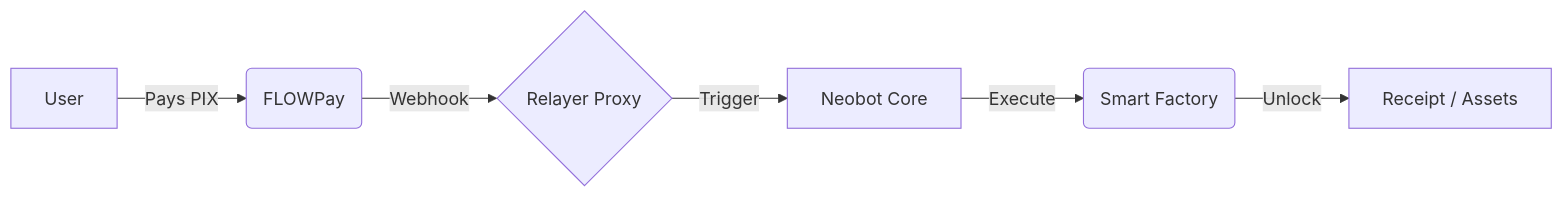
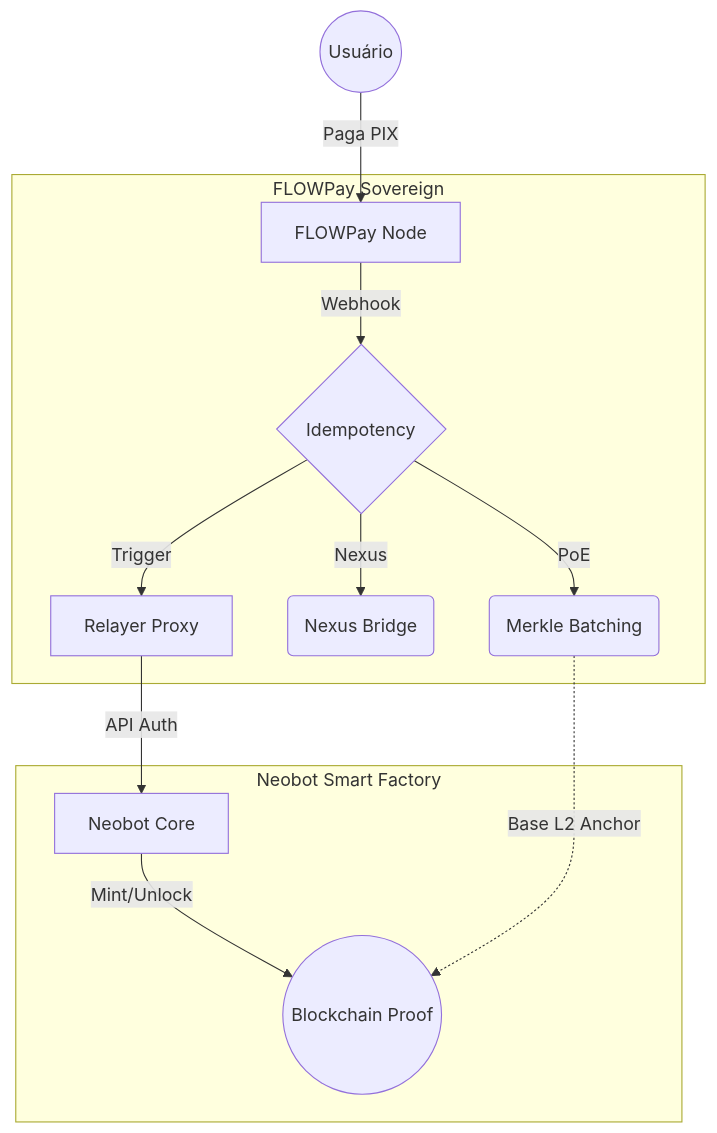
Before and after one commit to flowpaycash/flowpay: the diagram in README.md, drawn with Mermaid. The commit also changed other lines of this file and 18 other files, not shown here.

````diff
--- a/README.md
+++ b/README.md
@@ -51,8 +51,18 @@
 ```mermaid
-graph LR
-    A[User] -->|Pays PIX| B(FLOWPay)
-    B -->|Webhook| C{Relayer Proxy}
-    C -->|Trigger| D[Neobot Core]
-    D -->|Execute| E(Smart Factory)
-    E -->|Unlock| F[Receipt / Assets]
+graph TD
+    User((Usuário)) -->|Paga PIX| FP[FLOWPay Node]
+    
+    subgraph "FLOWPay Sovereign"
+        FP -->|Webhook| ID{Idempotency}
+        ID -->|PoE| PB(Merkle Batching)
+        ID -->|Nexus| NB(Nexus Bridge)
+        ID -->|Trigger| B[Relayer Proxy]
+    end
+
+    subgraph "Neobot Smart Factory"
+        B -->|API Auth| NC[Neobot Core]
+        NC -->|Mint/Unlock| BC((Blockchain Proof))
+    end
+
+    PB -.->|Base L2 Anchor| BC
 ```
````
